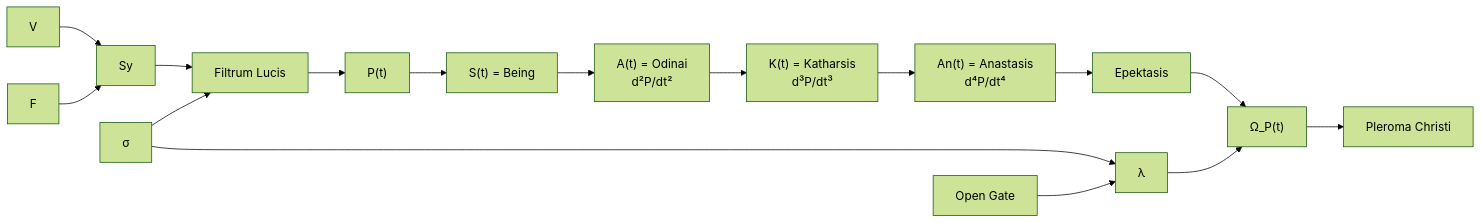
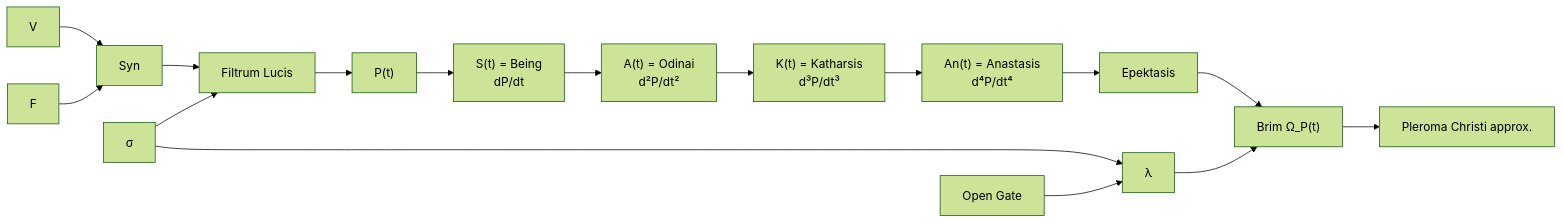
The diagram in README.md (grunmax/avequ), drawn with Mermaid (forest theme) before and after one commit. The commit also changed other lines of this file, not shown here.

Commit message:
readme diagram

````diff
--- a/README.md
+++ b/README.md
@@ -31,18 +31,18 @@
 ```mermaid
 flowchart LR
-    V["V"] --> SY["Sy"]
+    V["V"] --> SY["Syn"]
     F["F"] --> SY
     SY --> FL["Filtrum Lucis"]
     R["σ"] --> FL
     R --> L["λ"]
     G["Open Gate"] --> L
     FL --> P["P(t)"]
-    P --> S["S(t) = Being"]
+    P --> S["S(t) = Being<br/>dP/dt"]
     S --> A["A(t) = Odinai<br/>d²P/dt²"]
     A --> K["K(t) = Katharsis<br/>d³P/dt³"]
     K --> AN["An(t) = Anastasis<br/>d⁴P/dt⁴"]
     AN --> E["Epektasis"]
-    E --> B["Ω_P(t)"]
-    B --> PC["Pleroma Christi"]
+    E --> B["Brim Ω_P(t)"]
+    B --> PC["Pleroma Christi approx."]
     L --> B
 ```
````
